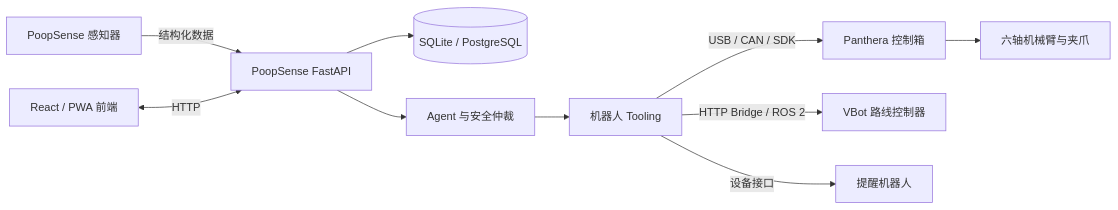
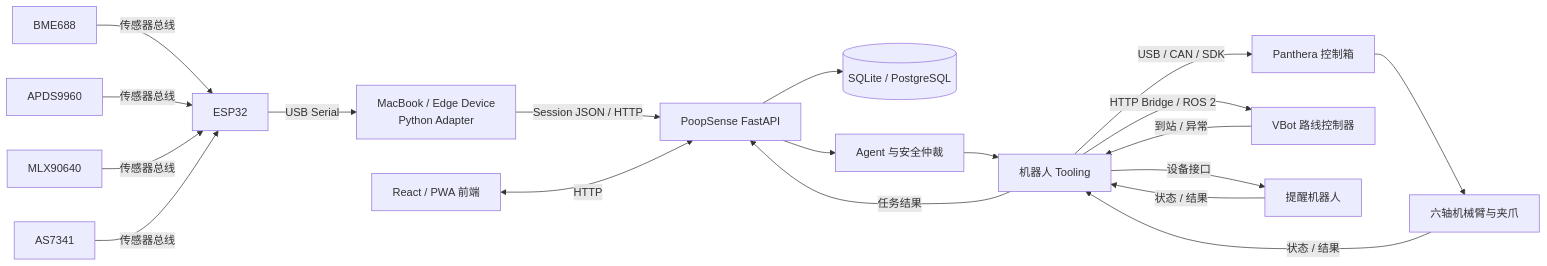
The diagram in docs/wiring-diagram.md (koljiu753/poopsense1), drawn with Mermaid before and after one commit. The commit also changed other lines of this file and 7 other files, not shown here.

Commit message:
docs: update six-layer hardware architecture

````diff
--- a/docs/wiring-diagram.md
+++ b/docs/wiring-diagram.md
@@ -3,12 +3,21 @@
 ```mermaid
 flowchart LR
-    SENSOR[PoopSense 感知器] -->|结构化数据| API[PoopSense FastAPI]
+    BME[BME688] -->|传感器总线| ESP[ESP32]
+    APDS[APDS9960] -->|传感器总线| ESP
+    MLX[MLX90640] -->|传感器总线| ESP
+    AS[AS7341] -->|传感器总线| ESP
+    ESP -->|USB Serial| ADAPTER[MacBook / Edge Device\nPython Adapter]
+    ADAPTER -->|Session JSON / HTTP| API[PoopSense FastAPI]
     API --> DB[(SQLite / PostgreSQL)]
+    UI[React / PWA 前端] <-->|HTTP| API
     API --> AGENT[Agent 与安全仲裁]
-    UI[React / PWA 前端] <-->|HTTP| API
     AGENT --> ROBOT[机器人 Tooling]
     ROBOT -->|USB / CAN / SDK| CTRL[Panthera 控制箱]
     CTRL --> ARM[六轴机械臂与夹爪]
     ROBOT -->|HTTP Bridge / ROS 2| VBOT[VBot 路线控制器]
     ROBOT -->|设备接口| REMINDER[提醒机器人]
+    ARM -->|状态 / 结果| ROBOT
+    VBOT -->|到站 / 异常| ROBOT
+    REMINDER -->|状态 / 结果| ROBOT
+    ROBOT -->|任务结果| API
 ```
````
